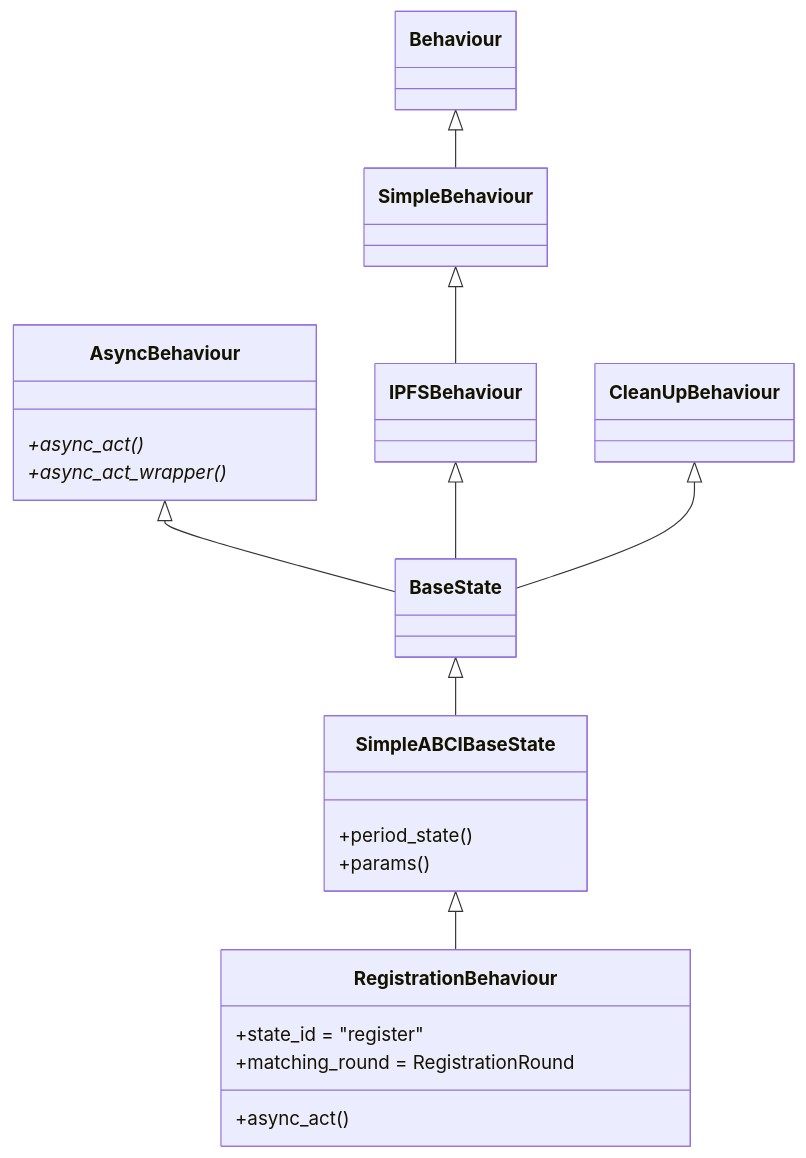
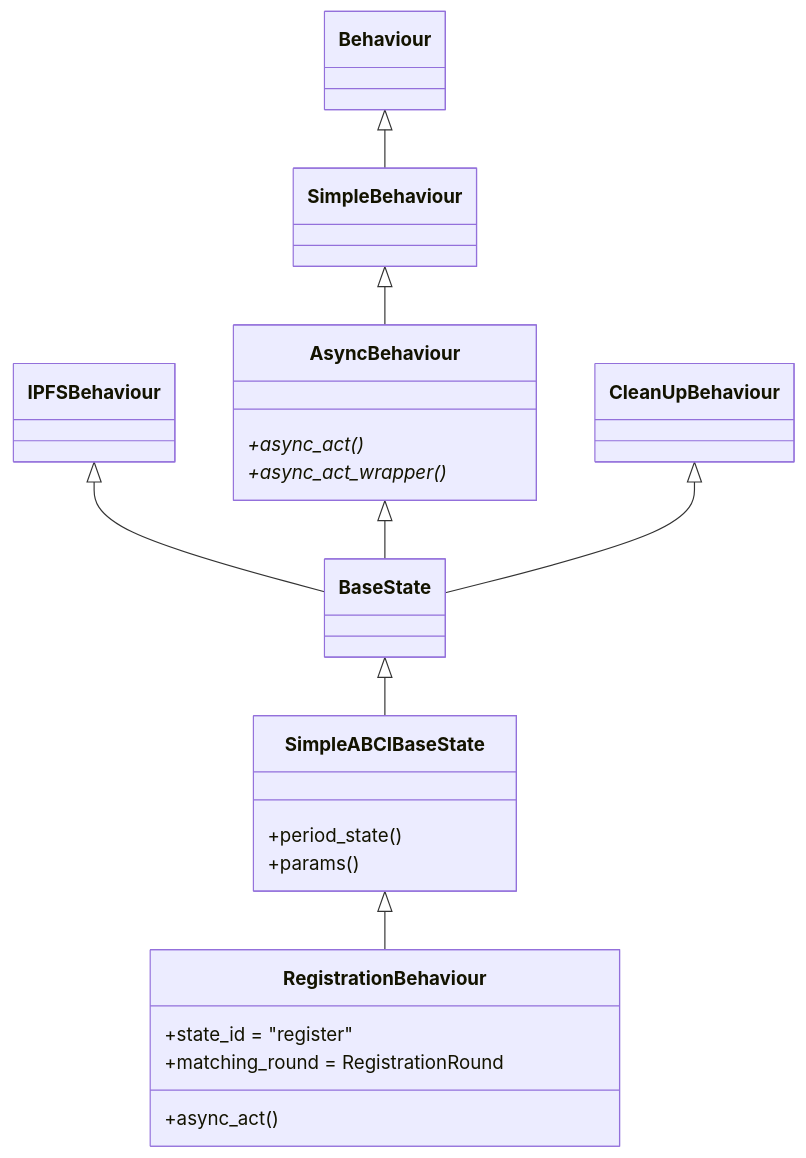
Before and after one commit to valory-xyz/open-autonomy: the third of 4 diagrams in docs/simple_abci.md, drawn with Mermaid. The commit also changed other lines of this file and 1 other file, not shown here.

Commit message:
fix: typos and some content on simple_abci.md

```diff
--- a/docs/simple_abci.md
+++ b/docs/simple_abci.md
@@ -115,24 +116,24 @@
 <div class="mermaid">
 classDiagram
     SimpleABCIBaseState<|-- RegistrationBehaviour
     BaseState <|-- SimpleABCIBaseState
+    IPFSBehaviour <|-- BaseState
     AsyncBehaviour <|-- BaseState
-    IPFSBehaviour <|-- BaseState
     CleanUpBehaviour <|-- BaseState
-    SimpleBehaviour <|-- IPFSBehaviour
+    SimpleBehaviour <|-- AsyncBehaviour
     Behaviour <|-- SimpleBehaviour
 
     class AsyncBehaviour{
         +async_act()*
         +async_act_wrapper()*
     }
     class SimpleABCIBaseState {
         +period_state()
         +params()
     }
     class RegistrationBehaviour{
         +state_id = "register"
         +matching_round = RegistrationRound       
         +async_act()
     }
 </div>
```
